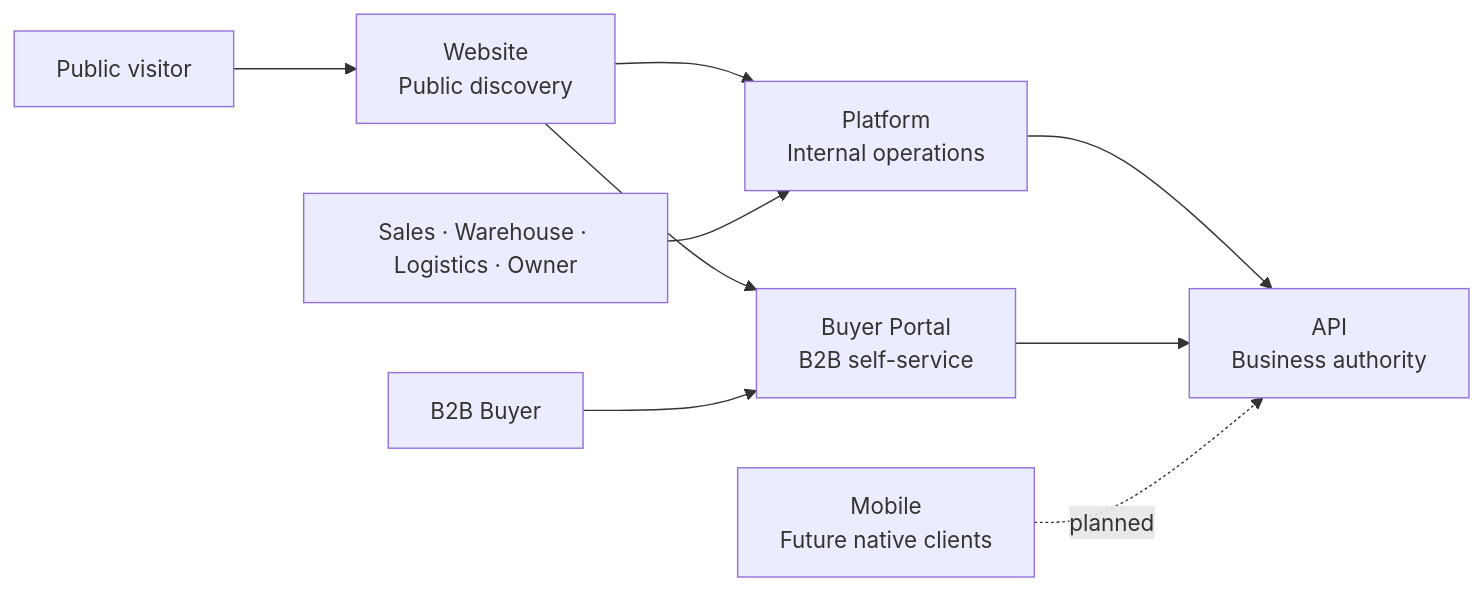
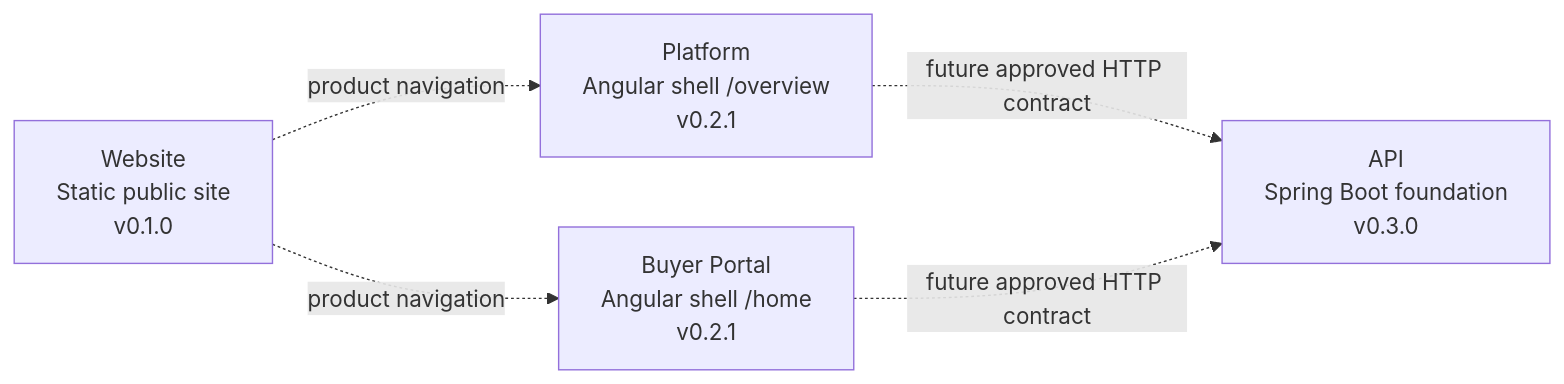
One commit to nexa-suite/platform changed the diagram in README.md. Above: the diagram before and after it, drawn with Mermaid. The commit also changed other lines of this file and 7 other files, not shown here.

Commit message:
feat(platform): add runtime foundation and repository map

````diff
--- a/README.md
+++ b/README.md
@@ -31,11 +29,12 @@
 ```mermaid
 flowchart LR
-    Visitor["Public visitor"] --> Website["Website<br/>Public discovery"]
-    Website --> Platform["Platform<br/>Internal operations"]
-    Website --> Portal["Buyer Portal<br/>B2B self-service"]
-    InternalUsers["Sales · Warehouse · Logistics · Owner"] --> Platform
-    Buyer["B2B Buyer"] --> Portal
-    Platform --> API["API<br/>Business authority"]
-    Portal --> API
-    Mobile["Mobile<br/>Future native clients"] -. planned .-> API
+    Website["Website<br/>Static public site<br/>v0.1.0"]
+    Platform["Platform<br/>Angular shell /overview<br/>v0.2.1"]
+    Portal["Buyer Portal<br/>Angular shell /home<br/>v0.2.1"]
+    API["API<br/>Spring Boot foundation<br/>v0.3.0"]
+
+    Website -. "product navigation" .-> Platform
+    Website -. "product navigation" .-> Portal
+    Platform -. "future approved HTTP contract" .-> API
+    Portal -. "future approved HTTP contract" .-> API
 ```
````
